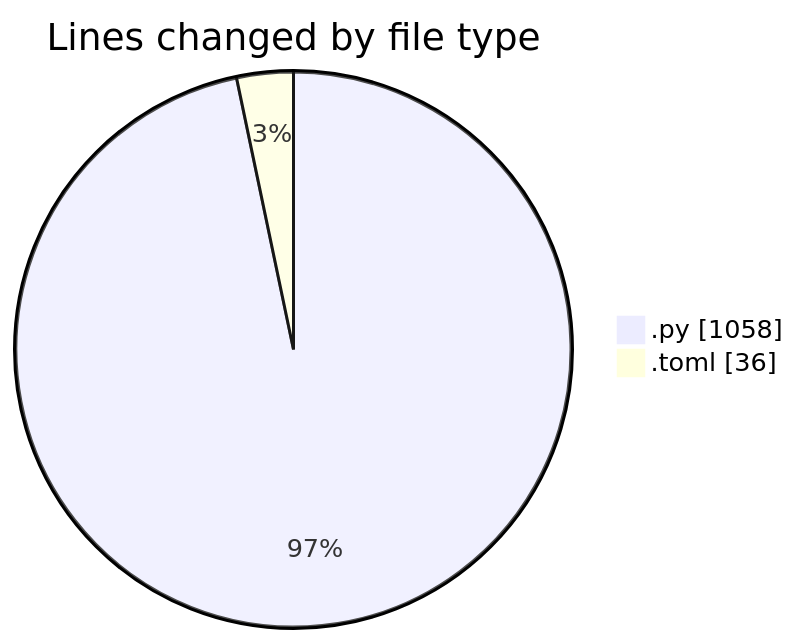
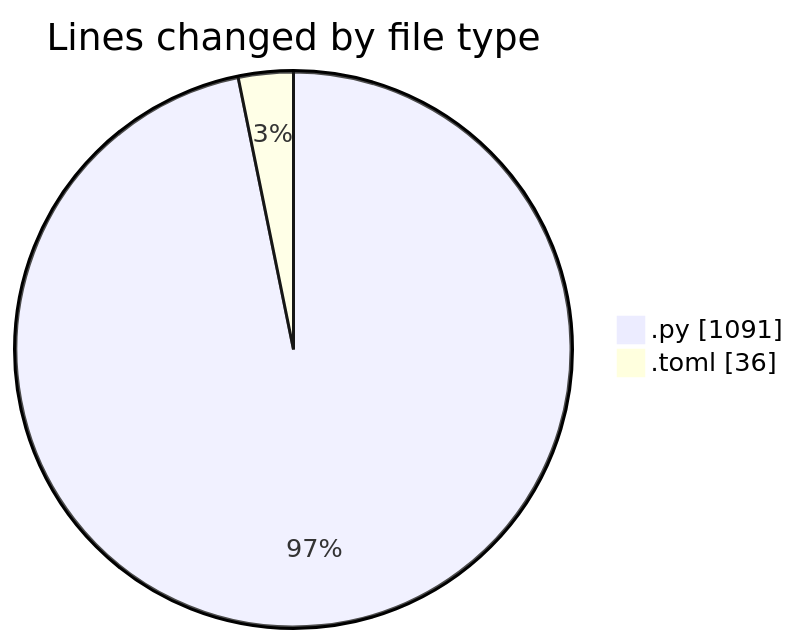
The first of 2 diagrams in 2025-11-20/eventscop-api-guide__workspace_/README.md (julien-gomy/code-tracking), drawn with Mermaid before and after one commit. The commit also changed other lines of this file and 1 other file, not shown here.

````diff
--- a/2025-11-20/eventscop-api-guide__workspace_/README.md
+++ b/2025-11-20/eventscop-api-guide__workspace_/README.md
@@ -26,6 +27,6 @@
 ```mermaid
 pie showData
 title Lines changed by file type
-".py" : 1058
+".py" : 1091
 ".toml" : 36
 ```
````
